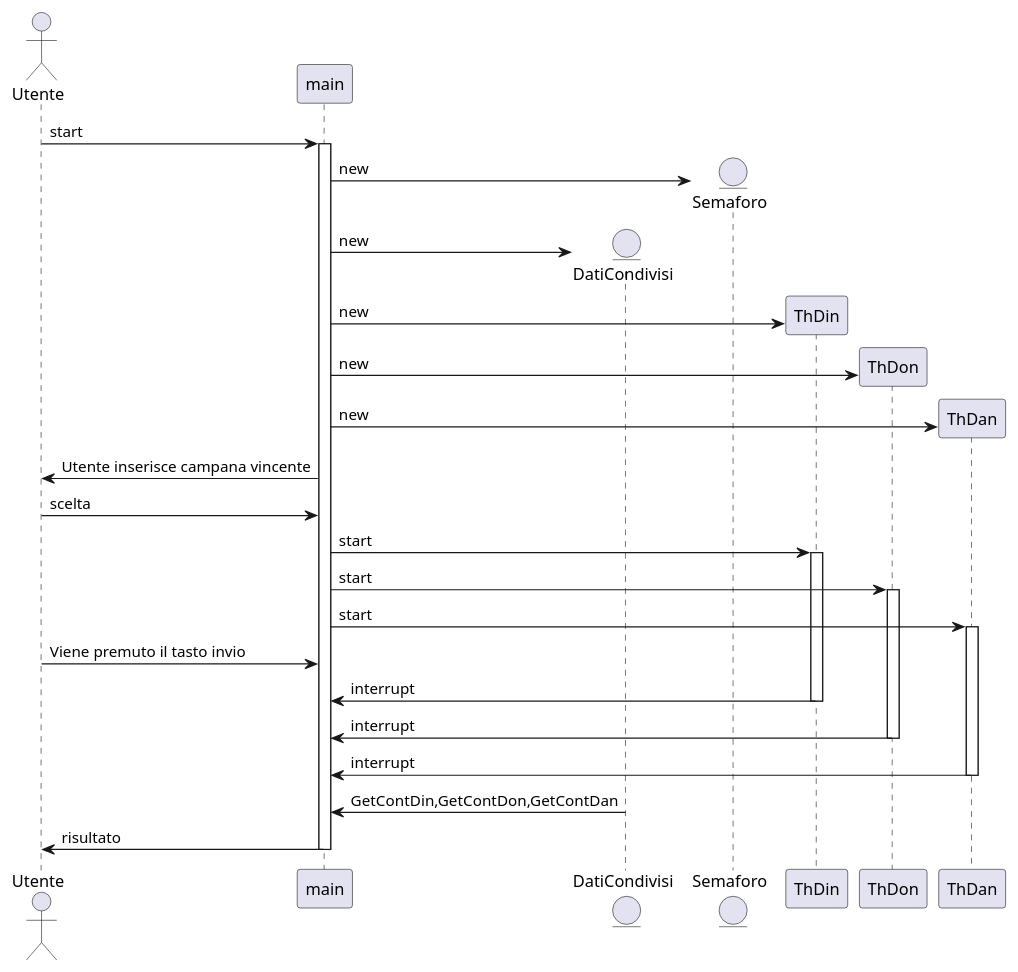
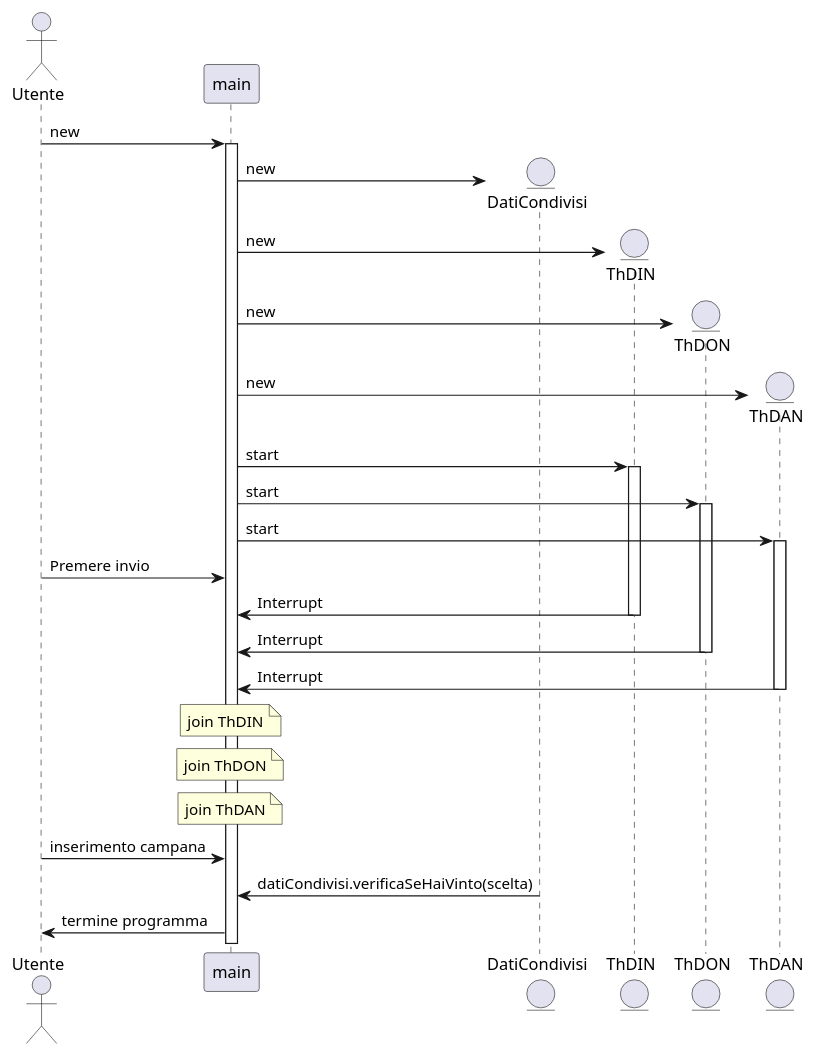
One commit to LucaTosetti01/DinDonDan changed the diagram in DinDonDan/src/dindondan/DinDonDan.puml. Above: the diagram before and after it, drawn with PlantUML. The commit also changed 1 other file, not shown here.

Commit message:
Versione definitiva con synchronized, diagramma di sequenza e semafori al posto dei join

```diff
--- a/DinDonDan/src/dindondan/DinDonDan.puml
+++ b/DinDonDan/src/dindondan/DinDonDan.puml
@@ -1,32 +1,38 @@
 @startuml
 actor Utente
 participant main
 entity DatiCondivisi
-entity Semaforo
+entity ThDIN
+entity ThDON
+entity ThDAN
 
-Utente -> main ++ : start
-main -> Semaforo ** : new
+Utente -> main ++ : new
+
 main -> DatiCondivisi ** : new
+main -> ThDIN ** : new
+main -> ThDON ** : new
+main -> ThDAN ** : new
 
-main -> ThDin ** : new
-main -> ThDon ** : new
-main -> ThDan ** : new
+main -> ThDIN ++ : start
+main -> ThDON ++ : start
+main -> ThDAN ++ : start
 
-main -> Utente : Utente inserisce campana vincente
-Utente -> main : scelta
+Utente -> main : Premere invio
 
-main -> ThDin ++ : start
-main -> ThDon ++ : start
-main -> ThDan ++ : start
+ThDIN -> main : Interrupt
+deactivate ThDIN
+ThDON -> main : Interrupt
+deactivate ThDON
+ThDAN -> main : Interrupt
+deactivate ThDAN
 
-Utente -> main : Viene premuto il tasto invio
+note over main : join ThDIN
+note over main : join ThDON
+note over main : join ThDAN
 
+Utente -> main : inserimento campana
 
-ThDin -> main -- : interrupt
-ThDon -> main -- : interrupt
-ThDan -> main -- : interrupt
+DatiCondivisi -> main : datiCondivisi.verificaSeHaiVinto(scelta)
 
-DatiCondivisi -> main : GetContDin,GetContDon,GetContDan
-main -> Utente: risultato
-deactivate main
+main -> Utente : termine programma
 @enduml
```
